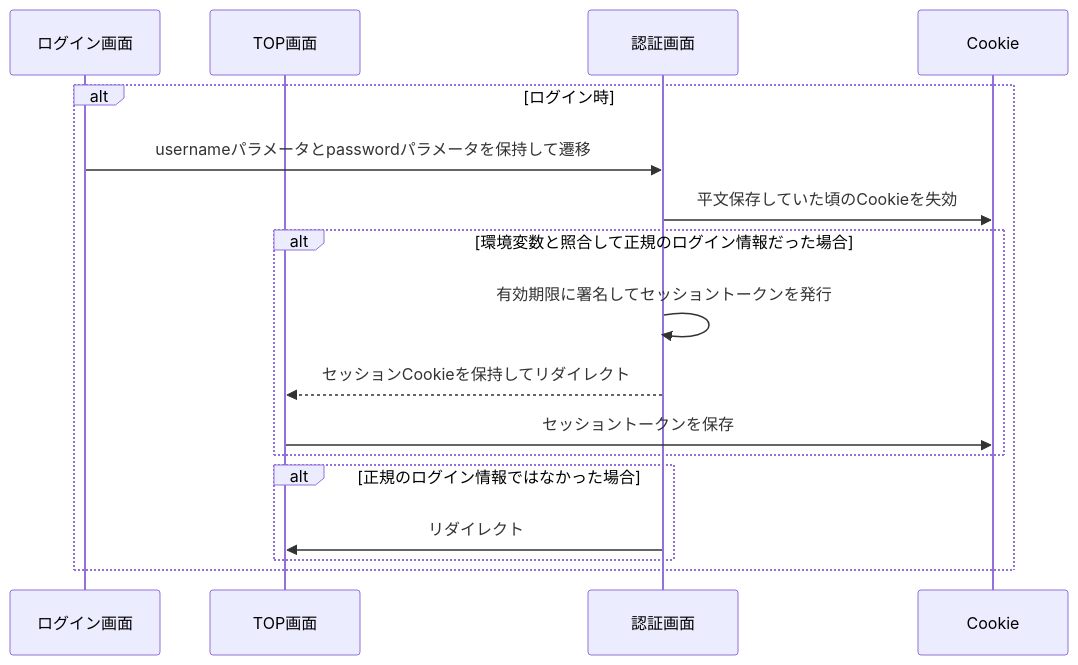
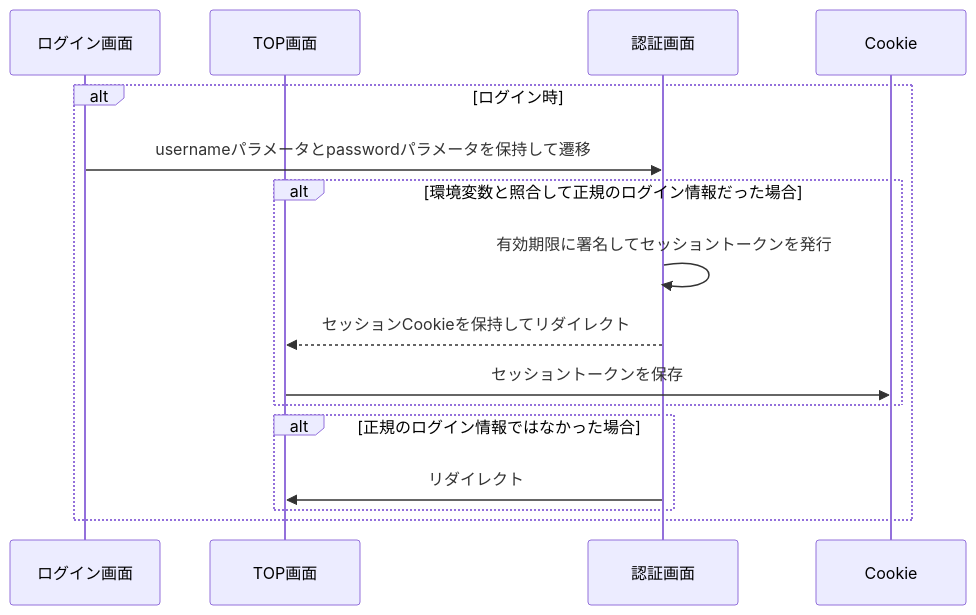
Before and after one commit to windchime-yk/cinelog: the fifth of 6 diagrams in README.md, drawn with Mermaid. The commit also changed 3 other files, not shown here.

````diff
--- a/README.md
+++ b/README.md
@@ -87,20 +87,19 @@
 ```mermaid
 sequenceDiagram
   participant loginpage as ログイン画面
   participant toppage as TOP画面
   participant redirect as 認証画面
   participant cookie as Cookie
 
   alt ログイン時
     loginpage ->> redirect : usernameパラメータとpasswordパラメータを保持して遷移
-    redirect ->> cookie : 平文保存していた頃のCookieを失効
     alt 環境変数と照合して正規のログイン情報だった場合
       redirect ->> redirect : 有効期限に署名してセッショントークンを発行
       redirect -->> toppage : セッションCookieを保持してリダイレクト
       toppage ->> cookie : セッショントークンを保存
     end
     alt 正規のログイン情報ではなかった場合 
       redirect ->> toppage : リダイレクト
     end
   end
 ```
````
